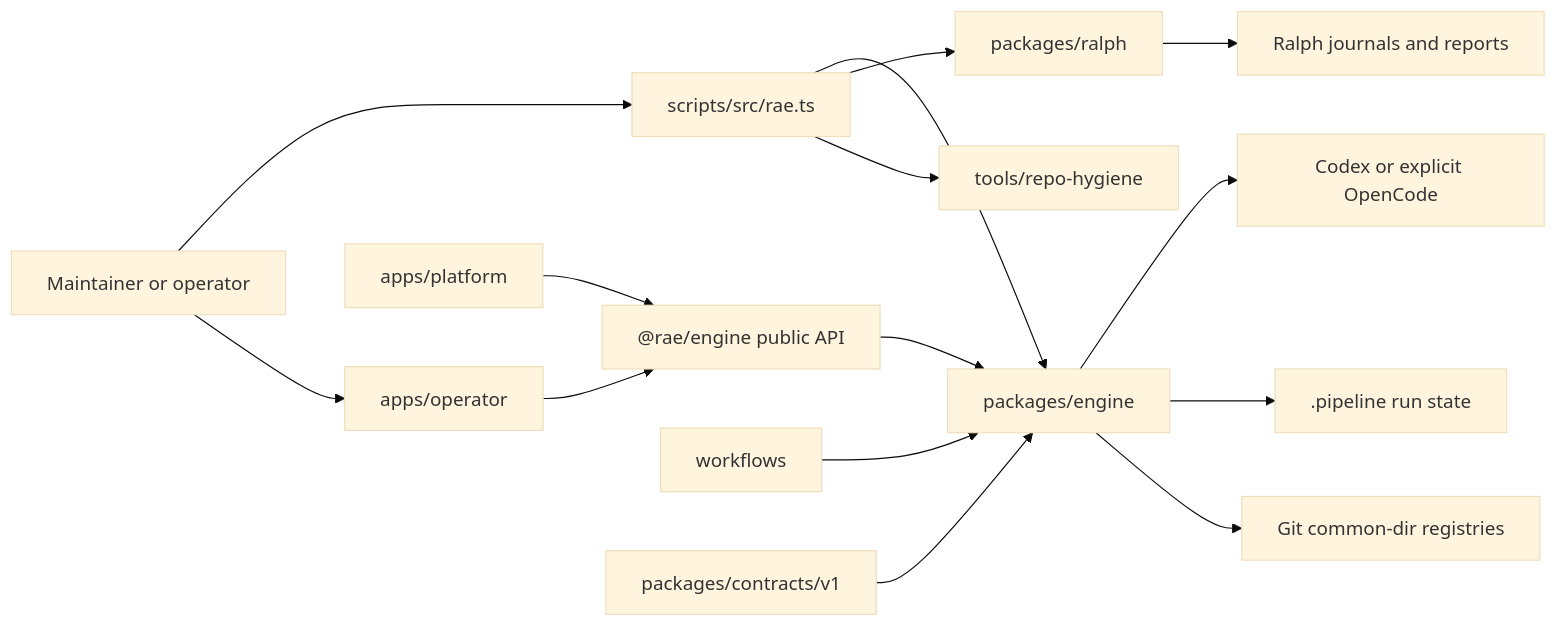
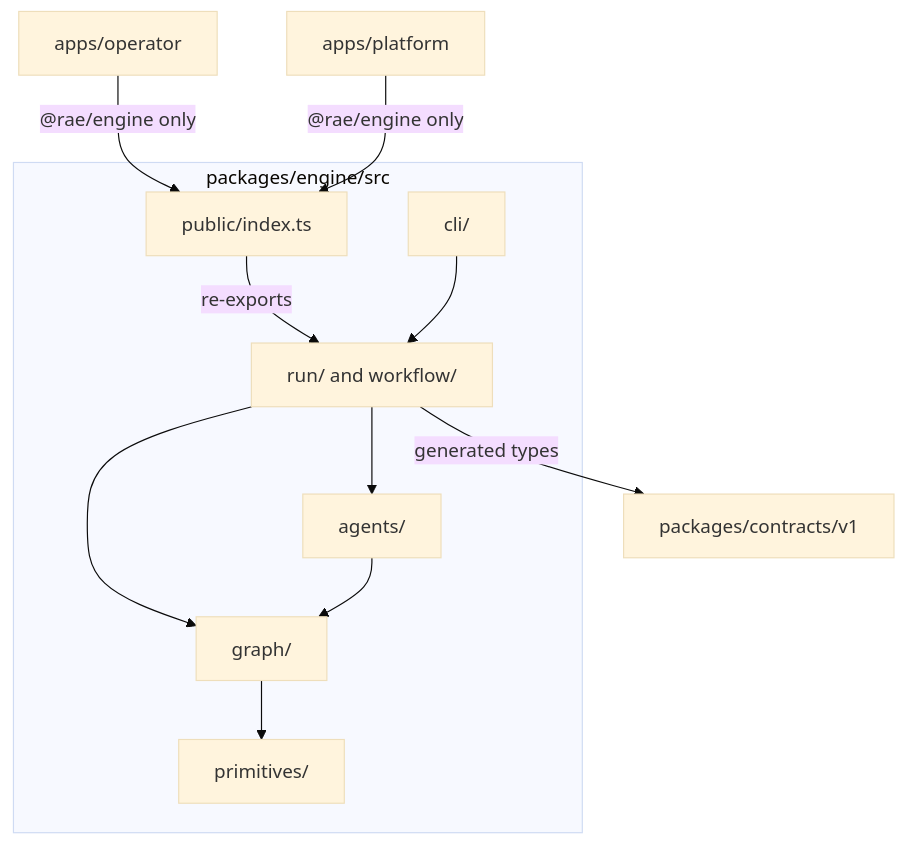
Before and after one commit to sebastianspicker/rae-agent-workflows: the second of 6 diagrams in docs/ARCHITECTURE.md, drawn with Mermaid (base theme). The commit also changed other lines of this file and 1 other file, not shown here.

First line of the commit message:
Document how RAE runs for newcomers

````diff
--- a/docs/ARCHITECTURE.md
+++ b/docs/ARCHITECTURE.md
@@ -20,17 +91,23 @@
 ```mermaid
-flowchart LR
-  User[Maintainer or operator] --> Umbrella[scripts/src/rae.ts]
-  User --> Operator[apps/operator]
-  Umbrella --> Engine[packages/engine]
-  Operator --> PublicAPI["@rae/engine public API"]
-  Platform[apps/platform] --> PublicAPI
-  PublicAPI --> Engine
-  Workflows[workflows] --> Engine
-  Contracts[packages/contracts/v1] --> Engine
-  Engine --> Providers[Codex or explicit OpenCode]
-  Engine --> RunState[".pipeline run state"]
-  Engine --> Registry["Git common-dir registries"]
-  Umbrella --> Ralph[packages/ralph]
-  Umbrella --> Hygiene[tools/repo-hygiene]
-  Ralph --> RalphState[Ralph journals and reports]
+flowchart TD
+  operator["apps/operator"]
+  platform["apps/platform"]
+  subgraph engine [packages/engine/src]
+    public["public/index.ts"]
+    cli["cli/"]
+    runwf["run/ and workflow/"]
+    agents["agents/"]
+    graphlayer["graph/"]
+    primitives["primitives/"]
+  end
+  contracts["packages/contracts/v1"]
+  operator -->|"@rae/engine only"| public
+  platform -->|"@rae/engine only"| public
+  public -->|re-exports| runwf
+  cli --> runwf
+  runwf --> agents
+  runwf --> graphlayer
+  agents --> graphlayer
+  graphlayer --> primitives
+  runwf -->|"generated types"| contracts
 ```
````
